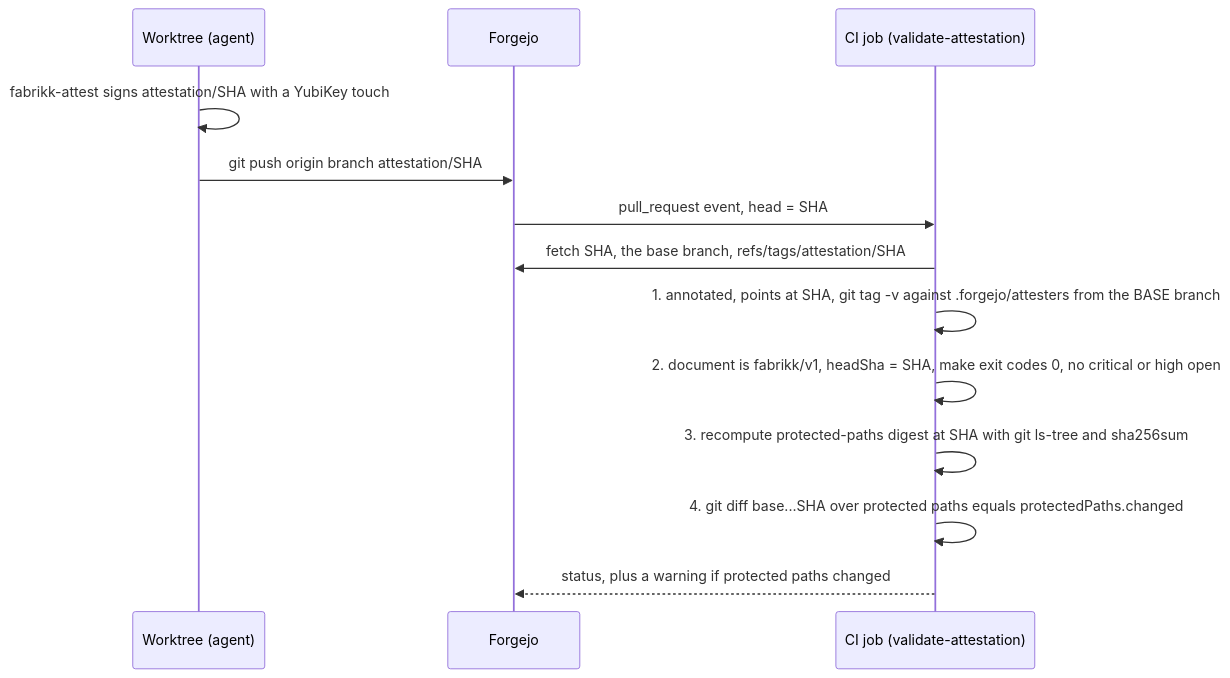
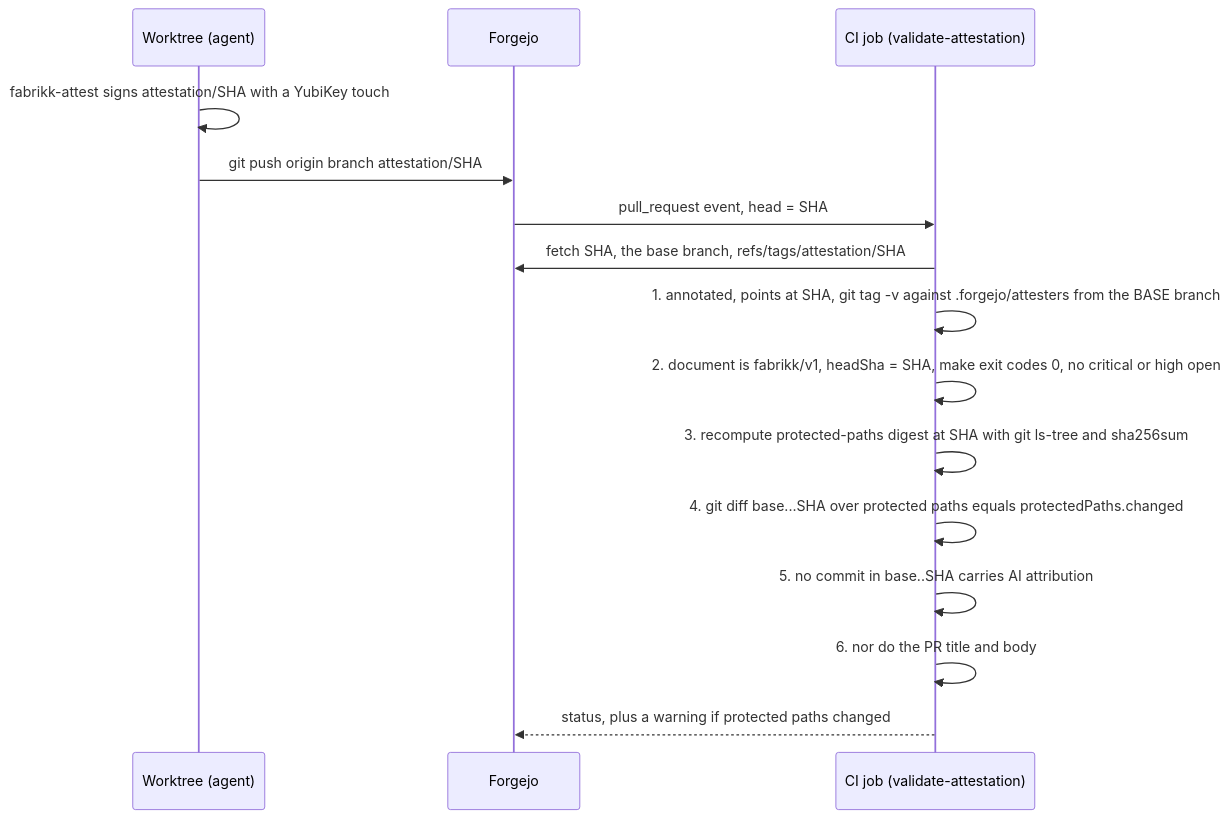
The diagram in docs/explanation/attestation-and-trust.md (dataverket-org/fabrikk), drawn with Mermaid before and after one commit. The commit also changed other lines of this file and 13 other files, not shown here.

````diff
--- a/docs/explanation/attestation-and-trust.md
+++ b/docs/explanation/attestation-and-trust.md
@@ -40,15 +40,17 @@
 ```mermaid
 sequenceDiagram
   participant W as Worktree (agent)
   participant F as Forgejo
   participant C as CI job (validate-attestation)
   W->>W: fabrikk-attest signs attestation/SHA with a YubiKey touch
   W->>F: git push origin branch attestation/SHA
   F->>C: pull_request event, head = SHA
   C->>F: fetch SHA, the base branch, refs/tags/attestation/SHA
   C->>C: 1. annotated, points at SHA, git tag -v against .forgejo/attesters from the BASE branch
   C->>C: 2. document is fabrikk/v1, headSha = SHA, make exit codes 0, no critical or high open
   C->>C: 3. recompute protected-paths digest at SHA with git ls-tree and sha256sum
   C->>C: 4. git diff base...SHA over protected paths equals protectedPaths.changed
+  C->>C: 5. no commit in base..SHA carries AI attribution
+  C->>C: 6. nor do the PR title and body
   C-->>F: status, plus a warning if protected paths changed
 ```
````
